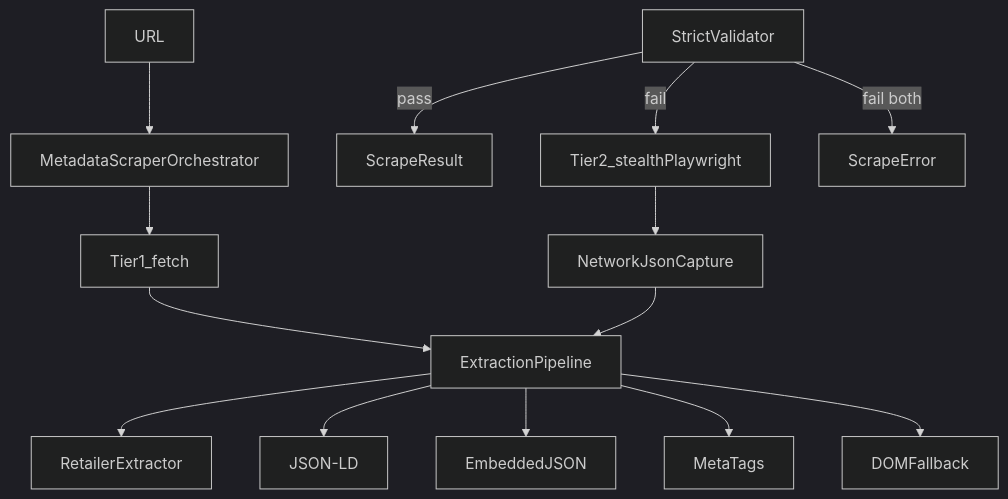
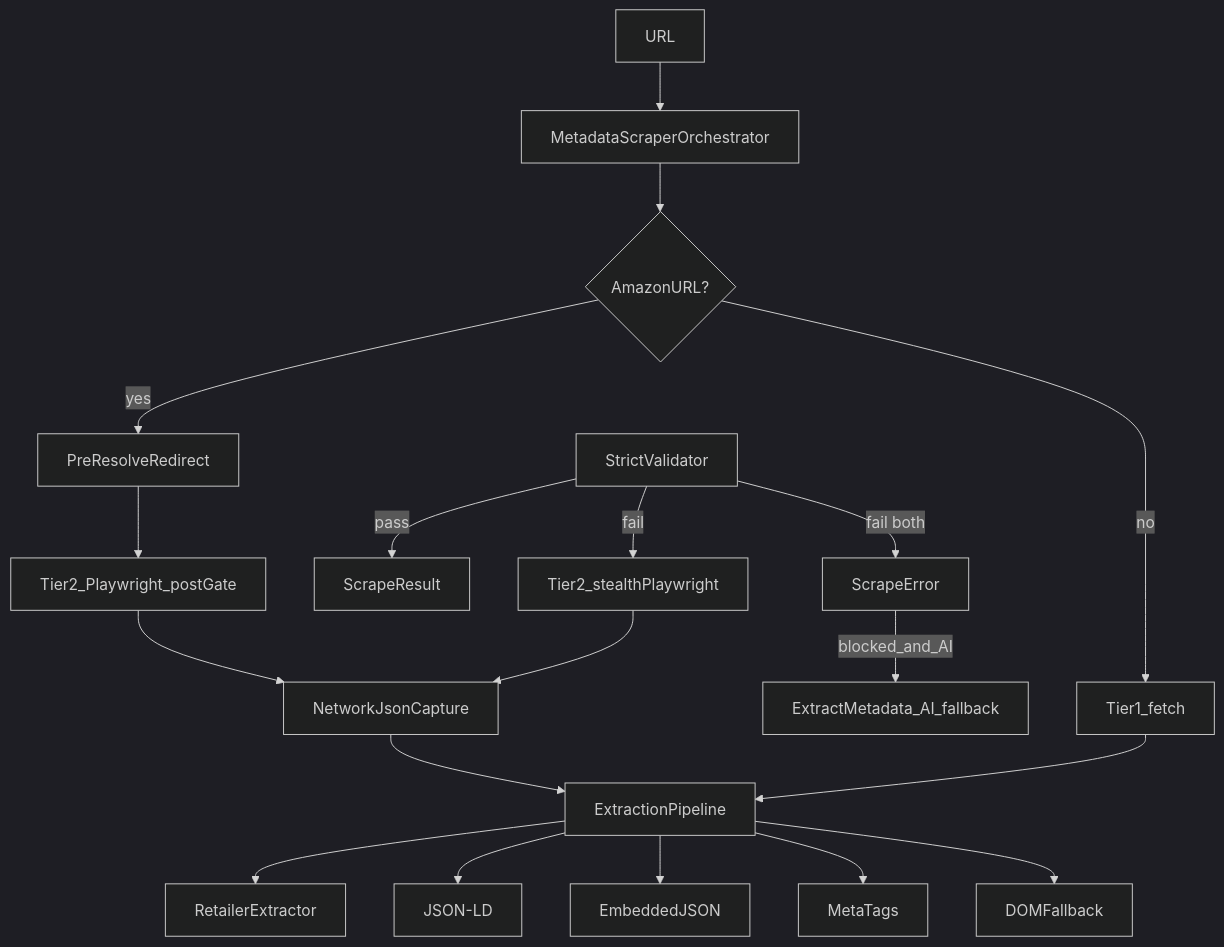
One commit to Tech180/giftistry-bun changed the diagram in docs/architecture.md. Above: the diagram before and after it, drawn with Mermaid (dark theme). The commit also changed other lines of this file and 75 other files, not shown here.

First line of the commit message:
Baseline blocked-AI fallback, Amazon navigation, and AI extraction presets.

````diff
--- a/docs/architecture.md
+++ b/docs/architecture.md
@@ -139,16 +139,21 @@
 ```mermaid
 flowchart TD
   URL[URL] --> Orchestrator[MetadataScraperOrchestrator]
-  Orchestrator --> Fetch[Tier1_fetch]
+  Orchestrator --> AmazonCheck{AmazonURL?}
+  AmazonCheck -->|yes| PreResolve[PreResolveRedirect]
+  PreResolve --> PlaywrightAmazon[Tier2_Playwright_postGate]
+  AmazonCheck -->|no| Fetch[Tier1_fetch]
   Fetch --> Pipeline[ExtractionPipeline]
   Pipeline --> Retailer[RetailerExtractor]
   Pipeline --> JsonLd[JSON-LD]
   Pipeline --> Embedded[EmbeddedJSON]
   Pipeline --> Meta[MetaTags]
   Pipeline --> Dom[DOMFallback]
   Validate[StrictValidator] -->|pass| Result[ScrapeResult]
   Validate -->|fail| Playwright[Tier2_stealthPlaywright]
-  Playwright --> NetworkCapture[NetworkJsonCapture]
+  PlaywrightAmazon --> NetworkCapture[NetworkJsonCapture]
+  Playwright --> NetworkCapture
   NetworkCapture --> Pipeline
   Validate -->|fail both| Error[ScrapeError]
+  Error -->|blocked_and_AI| AiFallback[ExtractMetadata_AI_fallback]
 ```
````
